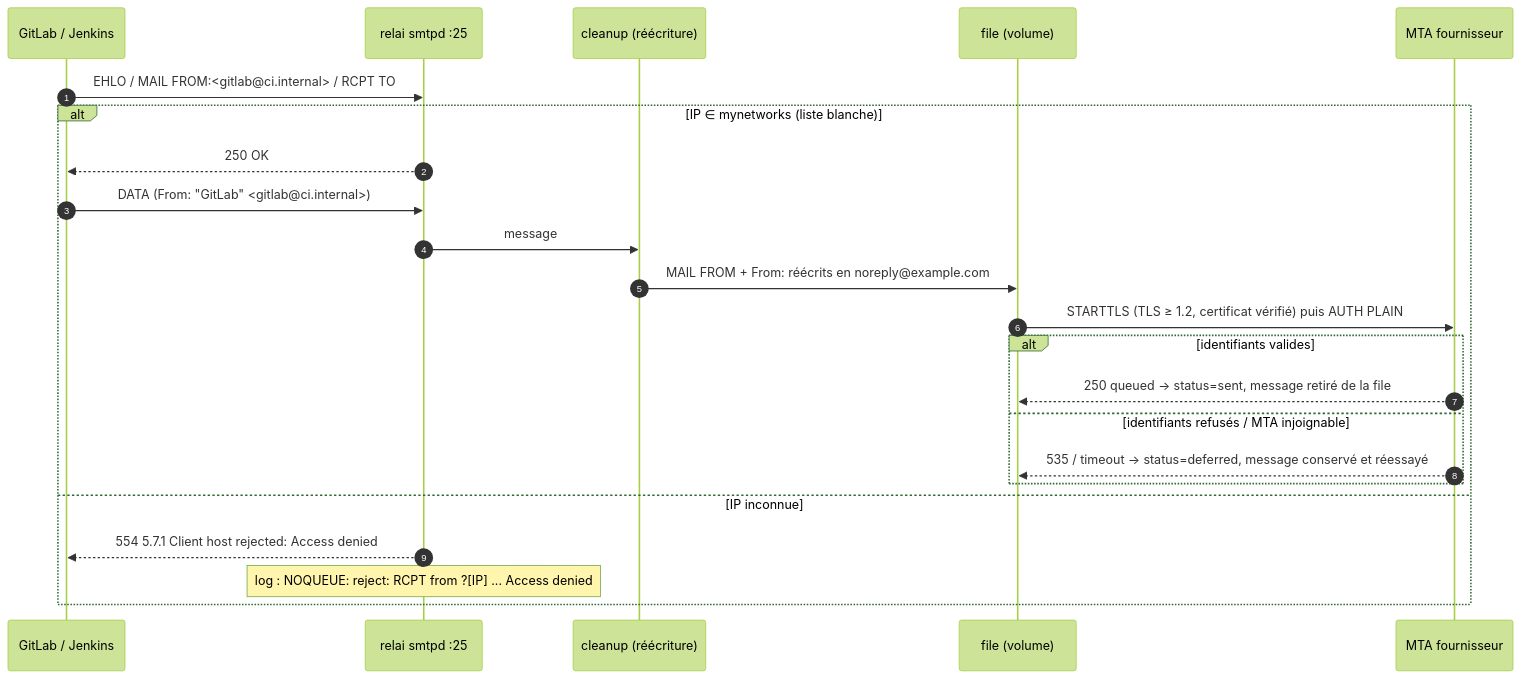
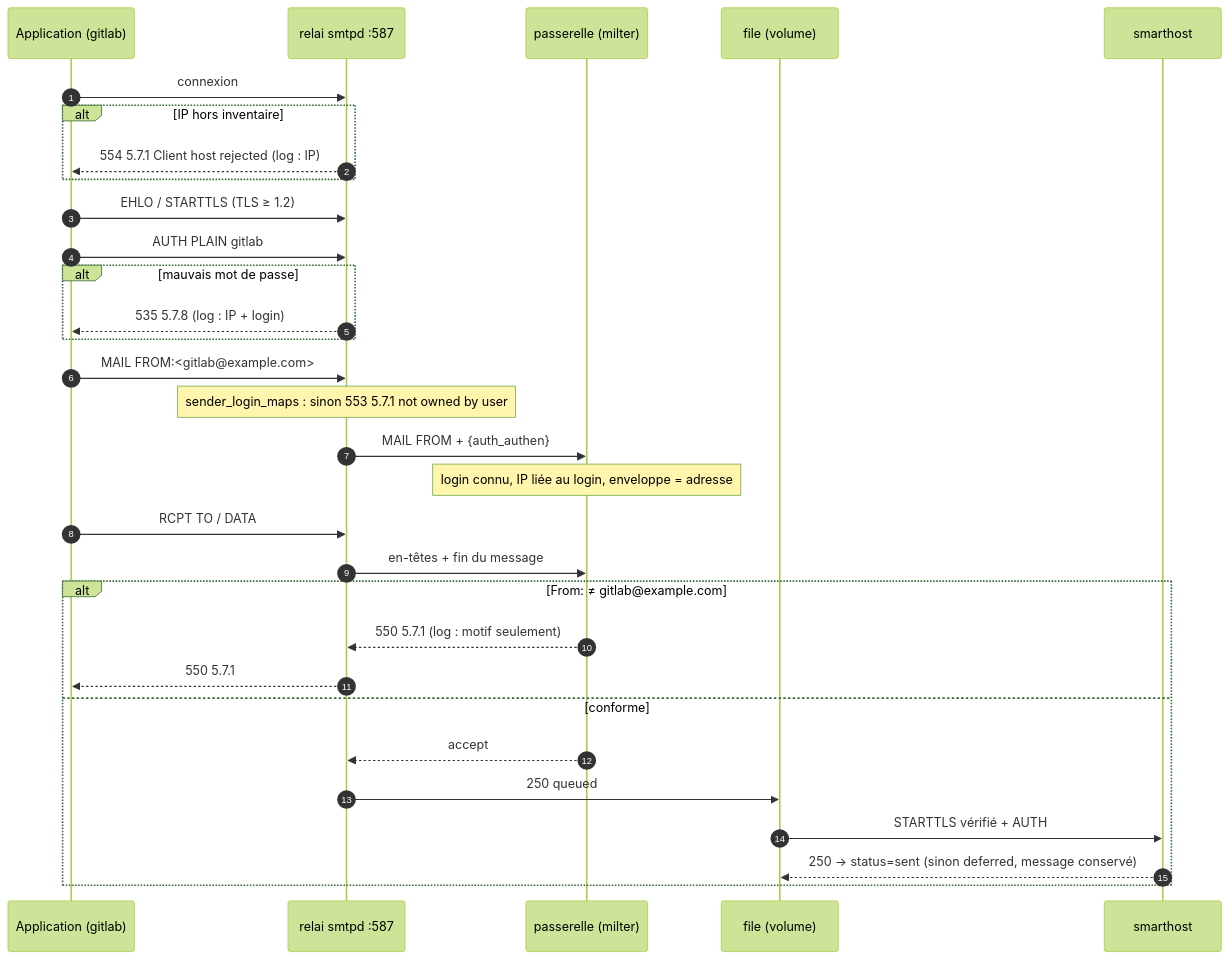
Before and after one commit to kosaar/relai-smtp: the second of 3 diagrams in docs/architecture.md, drawn with Mermaid (forest theme). The commit also changed other lines of this file and 43 other files, not shown here.

````diff
--- a/docs/architecture.md
+++ b/docs/architecture.md
@@ -60,26 +66,34 @@
 ```mermaid
 sequenceDiagram
     autonumber
-    participant App as GitLab / Jenkins
-    participant S as relai smtpd :25
-    participant C as cleanup (réécriture)
+    participant App as Application (gitlab)
+    participant S as relai smtpd :587
+    participant G as passerelle (milter)
     participant Q as file (volume)
-    participant M as MTA fournisseur
+    participant M as smarthost
 
-    App->>S: EHLO / MAIL FROM:<gitlab@ci.internal> / RCPT TO
-    alt IP ∈ mynetworks (liste blanche)
-        S-->>App: 250 OK
-        App->>S: DATA (From: "GitLab" <gitlab@ci.internal>)
-        S->>C: message
-        C->>Q: MAIL FROM + From: réécrits en noreply@example.com
-        Q->>M: STARTTLS (TLS ≥ 1.2, certificat vérifié) puis AUTH PLAIN
-        alt identifiants valides
-            M-->>Q: 250 queued → status=sent, message retiré de la file
-        else identifiants refusés / MTA injoignable
-            M-->>Q: 535 / timeout → status=deferred, message conservé et réessayé
-        end
-    else IP inconnue
-        S-->>App: 554 5.7.1 Client host rejected: Access denied
-        Note over S: log : NOQUEUE: reject: RCPT from ?[IP] ... Access denied
+    App->>S: connexion
+    alt IP hors inventaire
+        S-->>App: 554 5.7.1 Client host rejected (log : IP)
+    end
+    App->>S: EHLO / STARTTLS (TLS ≥ 1.2)
+    App->>S: AUTH PLAIN gitlab
+    alt mauvais mot de passe
+        S-->>App: 535 5.7.8 (log : IP + login)
+    end
+    App->>S: MAIL FROM:<gitlab@example.com>
+    Note over S: sender_login_maps : sinon 553 5.7.1 not owned by user
+    S->>G: MAIL FROM + {auth_authen}
+    Note over G: login connu, IP liée au login, enveloppe = adresse
+    App->>S: RCPT TO / DATA
+    S->>G: en-têtes + fin du message
+    alt From: ≠ gitlab@example.com
+        G-->>S: 550 5.7.1 (log : motif seulement)
+        S-->>App: 550 5.7.1
+    else conforme
+        G-->>S: accept
+        S->>Q: 250 queued
+        Q->>M: STARTTLS vérifié + AUTH
+        M-->>Q: 250 → status=sent (sinon deferred, message conservé)
     end
 ```
````
